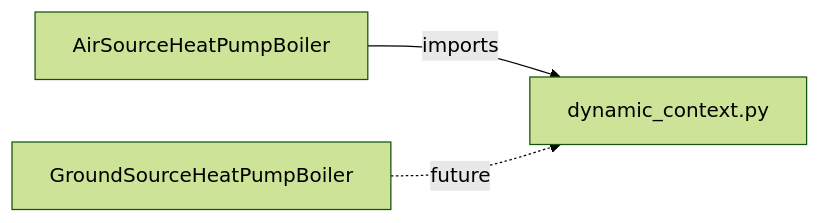
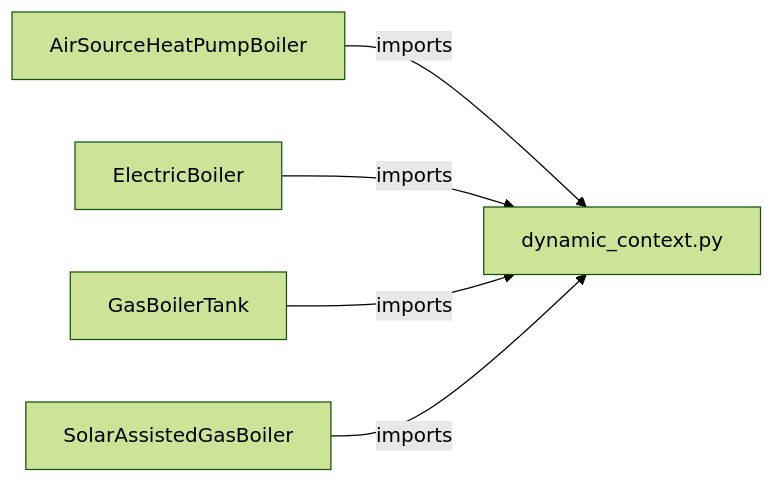
One commit to bet-lab/enex_analysis_engine changed the diagram in docs/guides/dynamic_context.md. Above: the diagram before and after it, drawn with Mermaid (forest theme). The commit also changed other lines of this file and 11 other files, not shown here.

Commit message:
feat: Add electric, gas boiler tank, and solar assisted gas boiler models with updated documentation and exergy calculations for boiler systems.

````diff
--- a/docs/guides/dynamic_context.md
+++ b/docs/guides/dynamic_context.md
@@ -14,9 +14,13 @@
 ```mermaid
 graph LR
   DC["dynamic_context.py"]
   ASHPB["AirSourceHeatPumpBoiler"]
-  GSHPB["GroundSourceHeatPumpBoiler"]
+  EB["ElectricBoiler"]
+  GBT["GasBoilerTank"]
+  SAGB["SolarAssistedGasBoiler"]
 
   ASHPB -->|imports| DC
-  GSHPB -.->|future| DC
+  EB -->|imports| DC
+  GBT -->|imports| DC
+  SAGB -->|imports| DC
 ```
````
